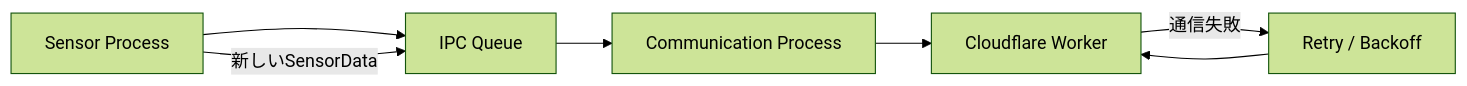
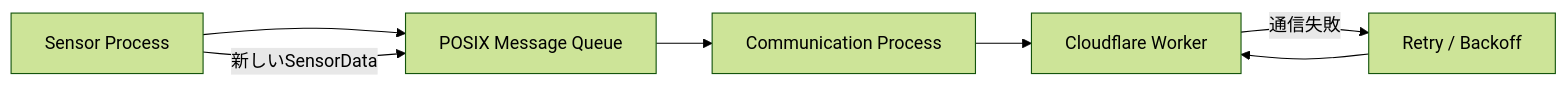
One commit to yujimasuda77777/Raspberry_Pi_4B_Edge_IoT_System changed diagram 13 of 15 in docs/04_data_ipc_communication.md. Above: the diagram before and after it, drawn with Mermaid (forest theme). The commit also changed other lines of this file and 1 other file, not shown here.

````diff
--- a/docs/04_data_ipc_communication.md
+++ b/docs/04_data_ipc_communication.md
@@ -904,16 +923,16 @@
-```mermaid id="q6u5dw"
+```mermaid
 flowchart LR
     Sensor["Sensor Process"]
-    Queue["IPC Queue"]
+    Queue["POSIX Message Queue"]
     Comm["Communication Process"]
     Retry["Retry / Backoff"]
     Worker["Cloudflare Worker"]
 
     Sensor --> Queue
     Queue --> Comm
     Comm --> Worker
     Worker -->|通信失敗| Retry
     Retry --> Worker
 
     Sensor -->|新しいSensorData| Queue
 ```
````
